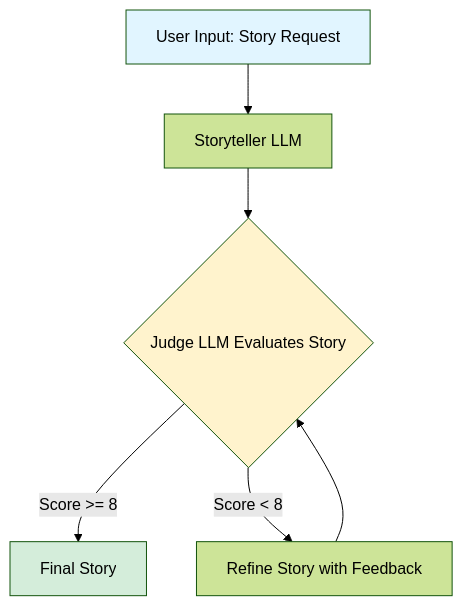
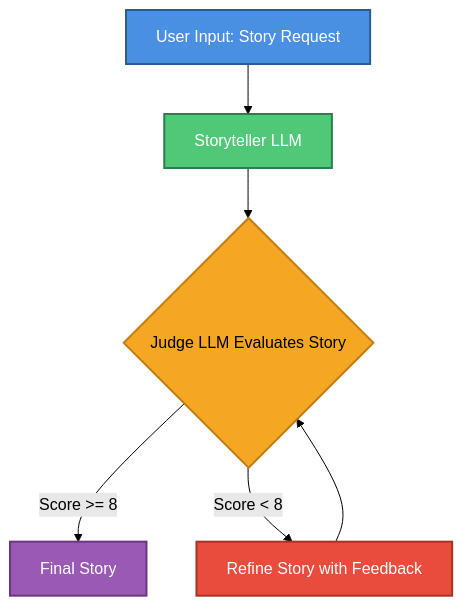
The diagram in README.md (kylewong791/bedtime-story-generator), drawn with Mermaid (forest theme) before and after one commit. The commit also changed 1 other file, not shown here.

Commit message:
Final refinements: improved feedback parsing and diagram readability

````diff
--- a/README.md
+++ b/README.md
@@ -54,12 +54,14 @@
 ```mermaid
 flowchart TD
     A[User Input: Story Request] --> B[Storyteller LLM]
     B --> C{Judge LLM Evaluates Story}
     C -->|Score >= 8| E[Final Story]
     C -->|Score < 8| D[Refine Story with Feedback]
     D --> C
     
-    style A fill:#e1f5ff
-    style E fill:#d4edda
-    style C fill:#fff3cd
+    style A fill:#4A90E2,stroke:#2E5C8A,stroke-width:2px,color:#FFFFFF
+    style B fill:#50C878,stroke:#2E7D4E,stroke-width:2px,color:#FFFFFF
+    style C fill:#F5A623,stroke:#C17D11,stroke-width:2px,color:#000000
+    style D fill:#E94B3C,stroke:#A93226,stroke-width:2px,color:#FFFFFF
+    style E fill:#9B59B6,stroke:#6C3483,stroke-width:2px,color:#FFFFFF
 ```
````
